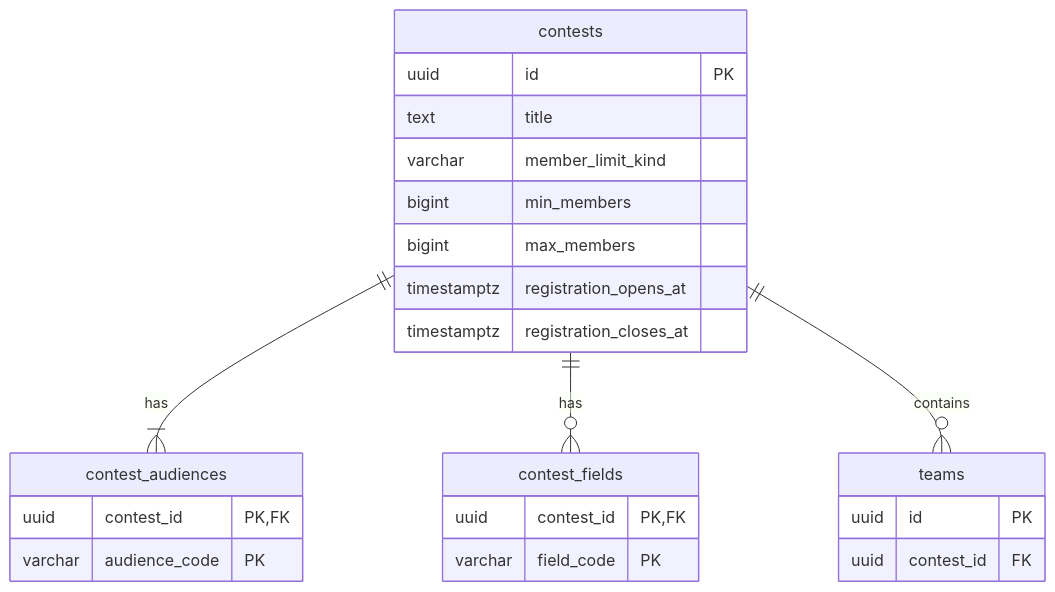
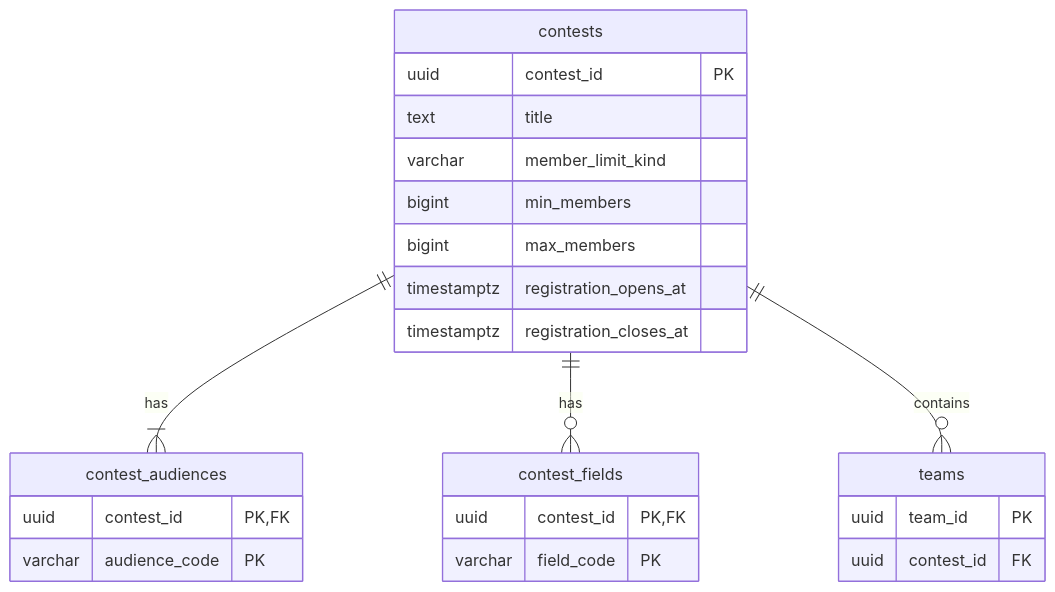
Before and after one commit to wejo-team/sku-dreamon: the diagram in docs/database/contests.md, drawn with Mermaid. The commit also changed other lines of this file and 16 other files, not shown here.

````diff
--- a/docs/database/contests.md
+++ b/docs/database/contests.md
@@ -14,27 +14,27 @@
 ```mermaid
 erDiagram
   contests ||--|{ contest_audiences : has
   contests ||--o{ contest_fields : has
   contests ||--o{ teams : contains
   contests {
-    uuid id PK
+    uuid contest_id PK
     text title
     varchar member_limit_kind
     bigint min_members
     bigint max_members
     timestamptz registration_opens_at
     timestamptz registration_closes_at
   }
   contest_audiences {
     uuid contest_id PK,FK
     varchar audience_code PK
   }
   contest_fields {
     uuid contest_id PK,FK
     varchar field_code PK
   }
   teams {
-    uuid id PK
+    uuid team_id PK
     uuid contest_id FK
   }
 ```
````
